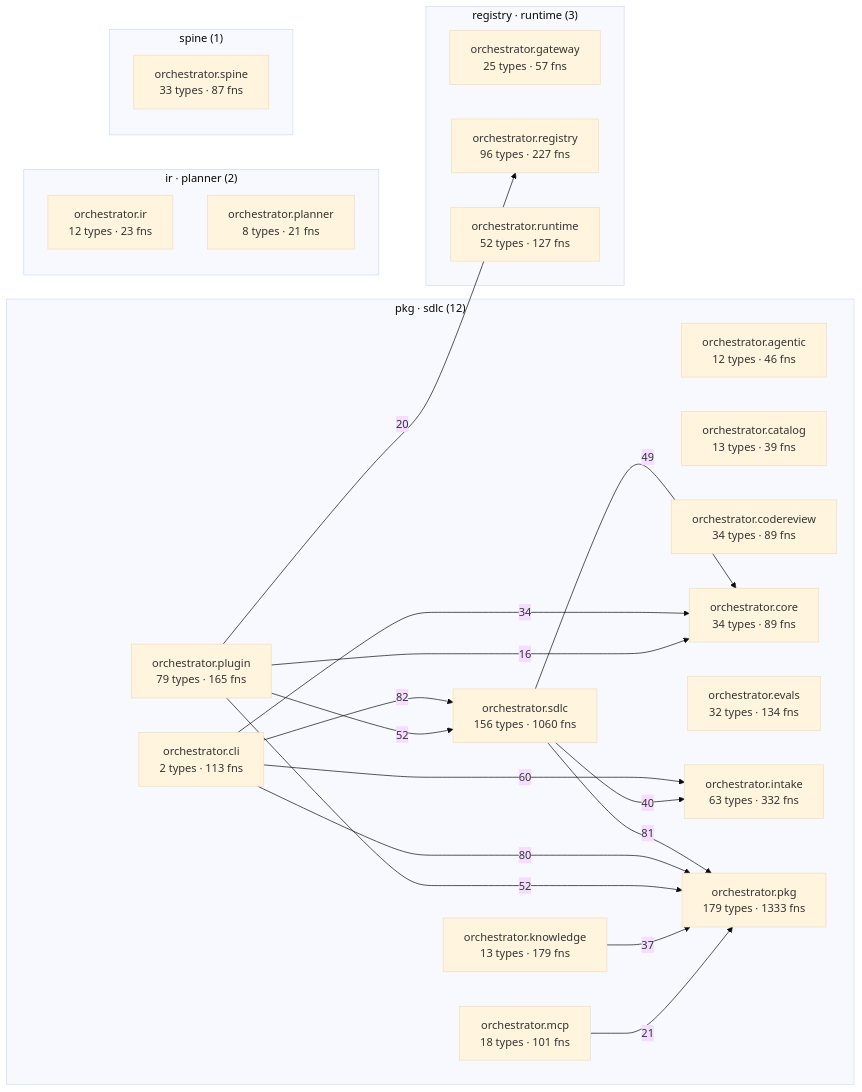
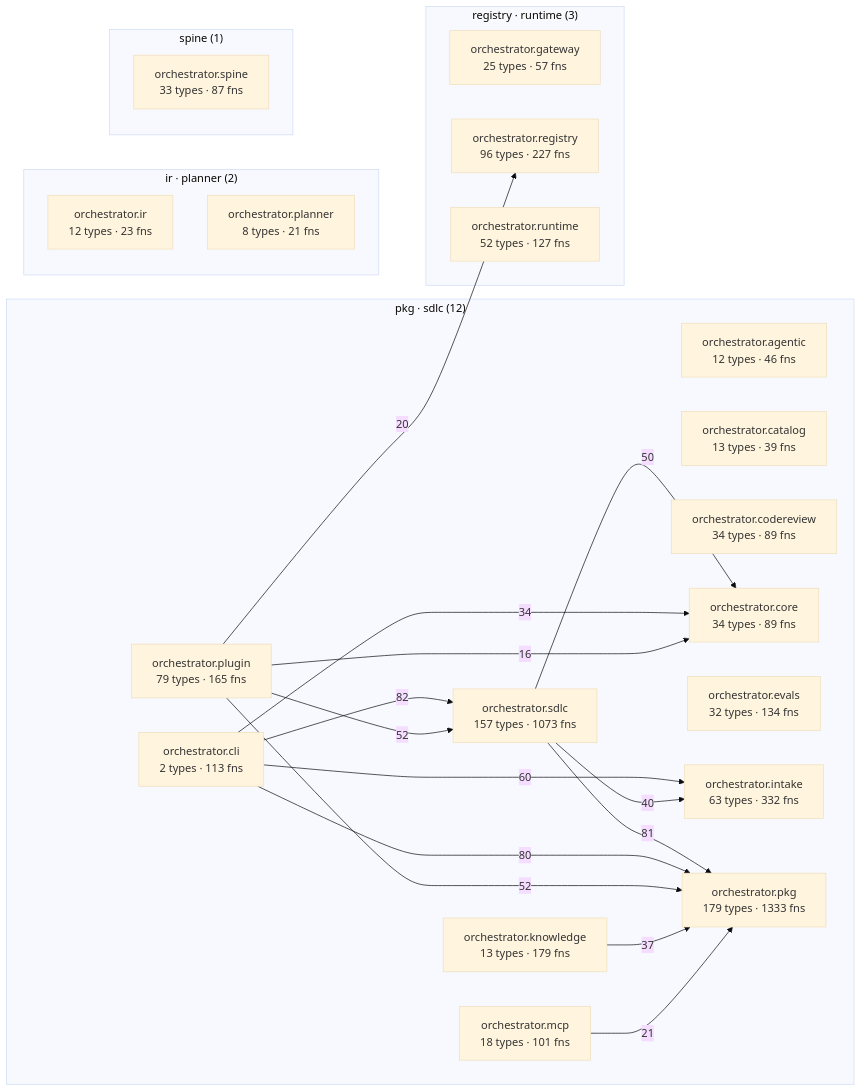
One commit to synaptixs/spine changed the diagram in episteme/architecture.md. Above: the diagram before and after it, drawn with Mermaid (base theme). The commit also changed other lines of this file and 17 other files, not shown here.

````diff
--- a/episteme/architecture.md
+++ b/episteme/architecture.md
@@ -56,42 +56,42 @@
 ```mermaid
 flowchart LR
   subgraph c_2["pkg · sdlc (12)"]
     aorchestratoragentic["orchestrator.agentic<br/>12 types · 46 fns"]
     aorchestratorcatalog["orchestrator.catalog<br/>13 types · 39 fns"]
     aorchestratorcli["orchestrator.cli<br/>2 types · 113 fns"]
     aorchestratorcodereview["orchestrator.codereview<br/>34 types · 89 fns"]
     aorchestratorcore["orchestrator.core<br/>34 types · 89 fns"]
     aorchestratorevals["orchestrator.evals<br/>32 types · 134 fns"]
     aorchestratorintake["orchestrator.intake<br/>63 types · 332 fns"]
     aorchestratorknowledge["orchestrator.knowledge<br/>13 types · 179 fns"]
     aorchestratormcp["orchestrator.mcp<br/>18 types · 101 fns"]
     aorchestratorpkg["orchestrator.pkg<br/>179 types · 1333 fns"]
     aorchestratorplugin["orchestrator.plugin<br/>79 types · 165 fns"]
-    aorchestratorsdlc["orchestrator.sdlc<br/>156 types · 1060 fns"]
+    aorchestratorsdlc["orchestrator.sdlc<br/>157 types · 1073 fns"]
   end
   subgraph c_5["registry · runtime (3)"]
     aorchestratorgateway["orchestrator.gateway<br/>25 types · 57 fns"]
     aorchestratorregistry["orchestrator.registry<br/>96 types · 227 fns"]
     aorchestratorruntime["orchestrator.runtime<br/>52 types · 127 fns"]
   end
   subgraph c_7["ir · planner (2)"]
     aorchestratorir["orchestrator.ir<br/>12 types · 23 fns"]
     aorchestratorplanner["orchestrator.planner<br/>8 types · 21 fns"]
   end
   subgraph c_12["spine (1)"]
     aorchestratorspine["orchestrator.spine<br/>33 types · 87 fns"]
   end
   aorchestratorcli -->|82| aorchestratorsdlc
   aorchestratorsdlc -->|81| aorchestratorpkg
   aorchestratorcli -->|80| aorchestratorpkg
   aorchestratorcli -->|60| aorchestratorintake
   aorchestratorplugin -->|52| aorchestratorpkg
   aorchestratorplugin -->|52| aorchestratorsdlc
-  aorchestratorsdlc -->|49| aorchestratorcore
+  aorchestratorsdlc -->|50| aorchestratorcore
   aorchestratorsdlc -->|40| aorchestratorintake
   aorchestratorknowledge -->|37| aorchestratorpkg
   aorchestratorcli -->|34| aorchestratorcore
   aorchestratormcp -->|21| aorchestratorpkg
   aorchestratorplugin -->|20| aorchestratorregistry
   aorchestratorplugin -->|16| aorchestratorcore
 ```
````
